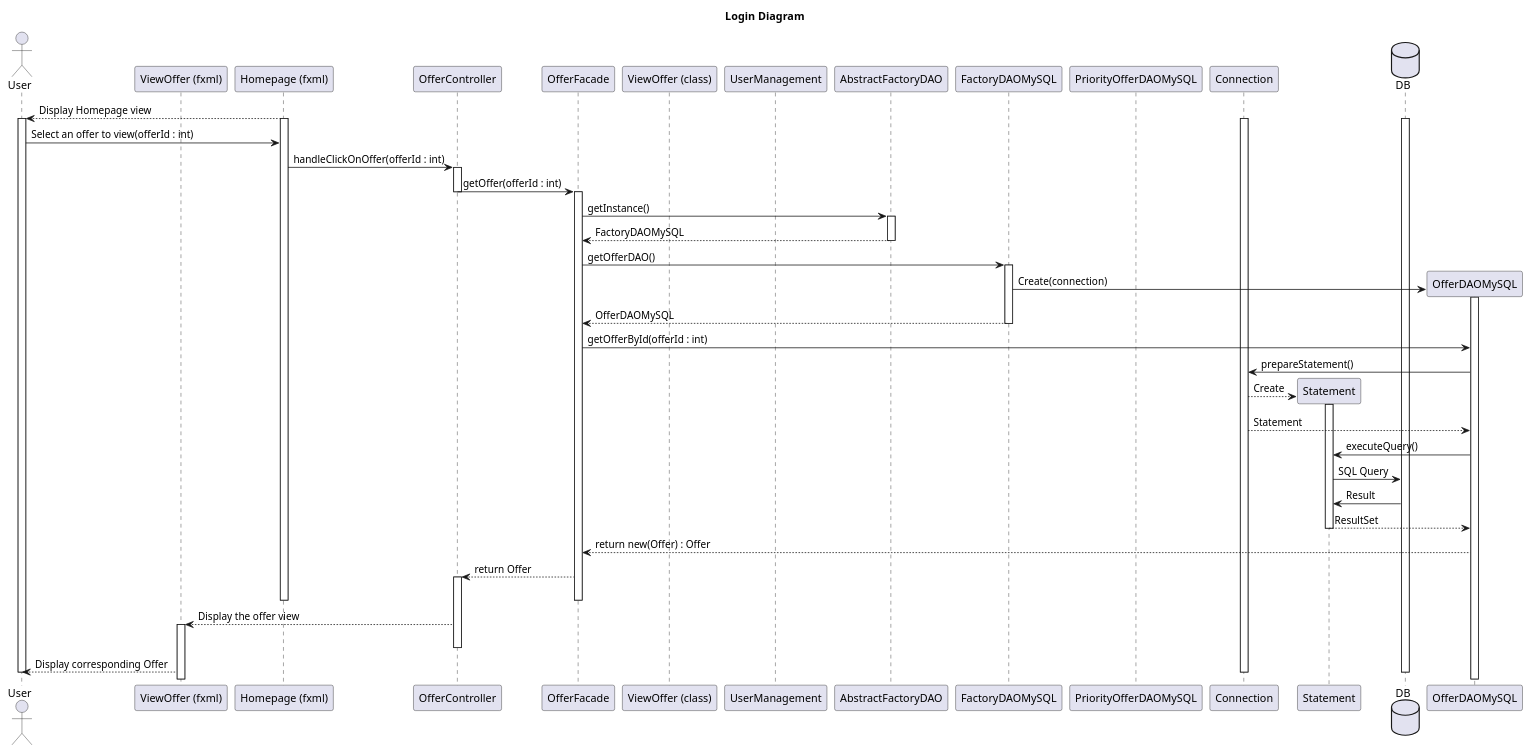
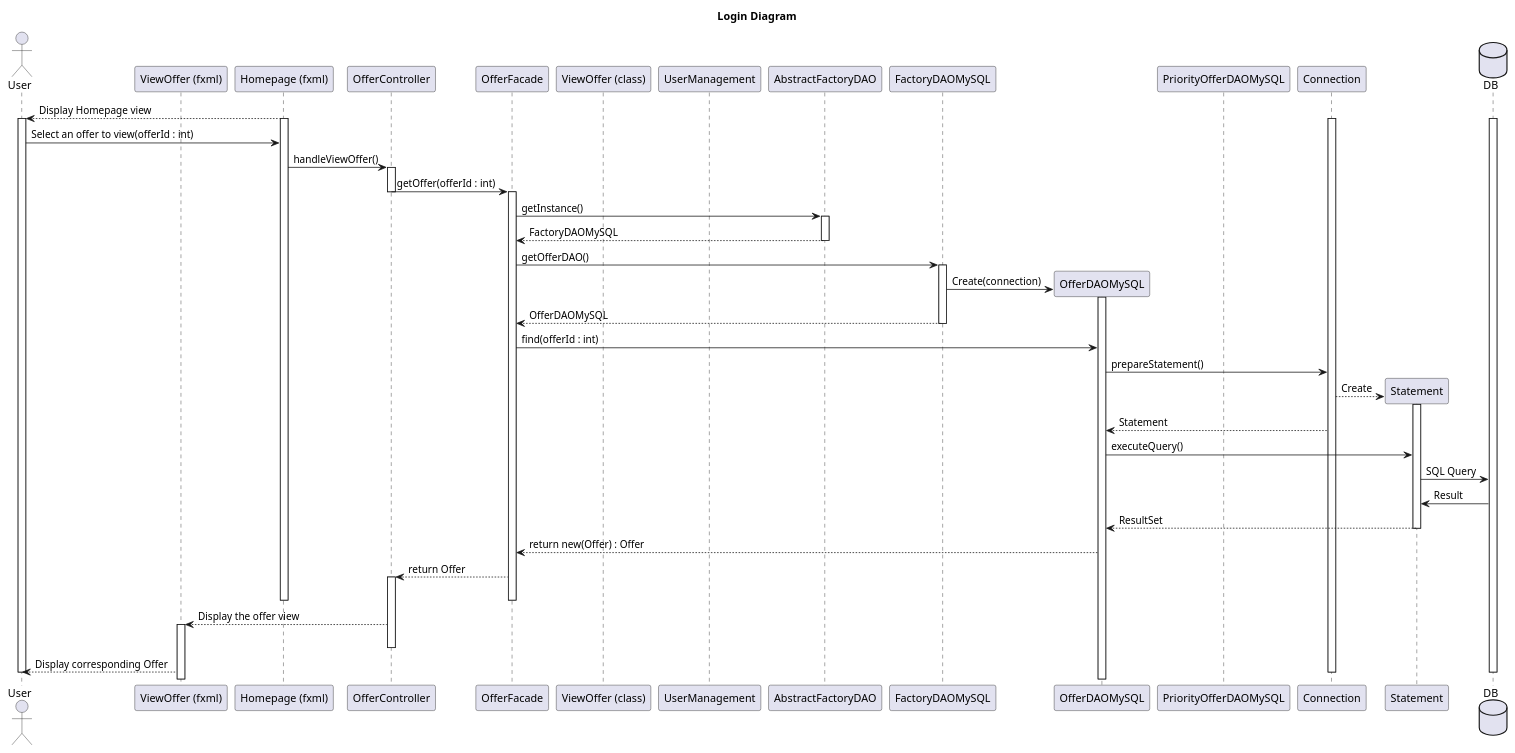
One commit to LaunoisRemy/ToolShare changed the diagram in documents/diagram/offer/displayOfferSequence.puml. Above: the diagram before and after it, drawn with PlantUML. The commit also changed 2 other files, not shown here.

Commit message:
UPDATE on Class&Sequence diag (parameters fix)

```diff
--- a/documents/diagram/offer/displayOfferSequence.puml
+++ b/documents/diagram/offer/displayOfferSequence.puml
@@ -1,104 +1,105 @@
 @startuml
 title Login Diagram
 
 actor User
 participant "ViewOffer (fxml)"
 participant "Homepage (fxml)"
 participant OfferController
 participant OfferFacade
 participant "ViewOffer (class)"
 participant UserManagement
 participant AbstractFactoryDAO
 participant FactoryDAOMySQL
+participant OfferDAOMySQL
 participant PriorityOfferDAOMySQL
 participant Connection
 participant Statement
 database DB
 
 
 "Homepage (fxml)"-->User: Display Homepage view
 
 activate "Homepage (fxml)"
 activate User
 activate DB
 activate Connection
 
 User->"Homepage (fxml)":Select an offer to view(offerId : int)
 
-"Homepage (fxml)"->OfferController: handleClickOnOffer(offerId : int)
+"Homepage (fxml)"->OfferController: handleViewOffer()
 
 activate OfferController
 
 OfferController->OfferFacade:getOffer(offerId : int)
 
 deactivate OfferController
 
 activate OfferFacade
 
 OfferFacade->AbstractFactoryDAO:getInstance()
 activate AbstractFactoryDAO
 
 
 
 
 
 
 
 
 
 
 AbstractFactoryDAO--> OfferFacade : FactoryDAOMySQL
 deactivate AbstractFactoryDAO
 
 OfferFacade -> FactoryDAOMySQL:getOfferDAO()
 
 activate FactoryDAOMySQL
 
 FactoryDAOMySQL->OfferDAOMySQL **:Create(connection)
 
 activate OfferDAOMySQL
 FactoryDAOMySQL-->OfferFacade:OfferDAOMySQL
 
 deactivate FactoryDAOMySQL
 
-OfferFacade->OfferDAOMySQL: getOfferById(offerId : int)
+OfferFacade->OfferDAOMySQL: find(offerId : int)
 
 OfferDAOMySQL->Connection: prepareStatement()
 
 Connection-->Statement **: Create
 
 activate Statement
 
 Connection-->OfferDAOMySQL: Statement
 
 
 OfferDAOMySQL->Statement:executeQuery()
 
 Statement->DB: SQL Query
 
 DB->Statement:Result
 
 Statement-->OfferDAOMySQL: ResultSet
 
 deactivate Statement
 
 OfferDAOMySQL-->OfferFacade: return new(Offer) : Offer
 
 OfferFacade-->OfferController : return Offer
 activate OfferController
 
 deactivate OfferFacade
 deactivate "Homepage (fxml)"
 
 OfferController-->"ViewOffer (fxml)": Display the offer view
 activate "ViewOffer (fxml)"
 
 deactivate OfferController
 
 "ViewOffer (fxml)"-->User: Display corresponding Offer
 deactivate Connection
 deactivate DB
 deactivate UserManagement
 deactivate User
 
 @enduml
```
